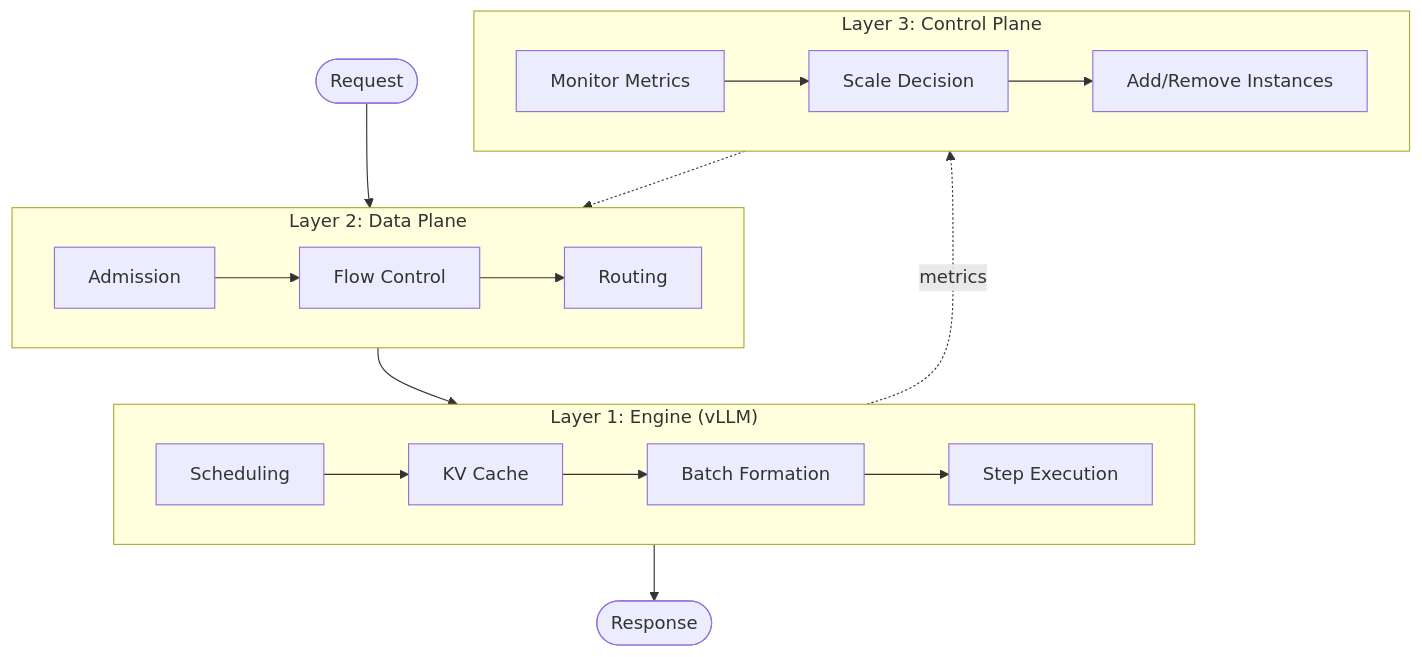
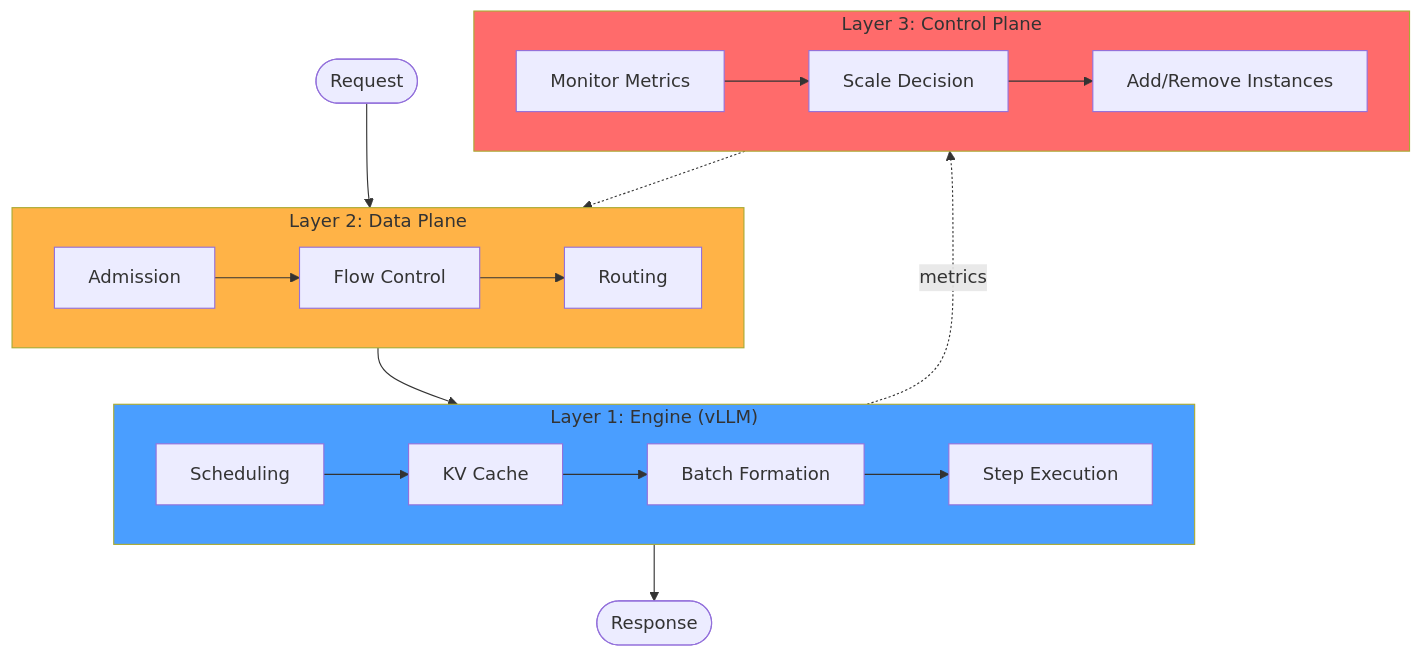
The diagram in docs/blog/posts/building-trust-physics-of-simulation.md (inference-sim/inference-sim), drawn with Mermaid before and after one commit.

Commit message:
docs(blog): add darker background colors to mermaid layers for visibility in both modes

````diff
--- a/docs/blog/posts/building-trust-physics-of-simulation.md
+++ b/docs/blog/posts/building-trust-physics-of-simulation.md
@@ -39,30 +39,34 @@
 ```mermaid
 flowchart TB
     subgraph Layer1["Layer 1: Engine (vLLM)"]
         Sched[Scheduling]
         KV[KV Cache]
         Batch[Batch Formation]
         Step[Step Execution]
         Sched --> KV --> Batch --> Step
     end
 
     subgraph Layer2["Layer 2: Data Plane"]
         Admit[Admission]
         Route[Routing]
         Flow[Flow Control]
         Admit --> Flow --> Route
     end
 
     subgraph Layer3["Layer 3: Control Plane"]
         Monitor[Monitor Metrics]
         Decide[Scale Decision]
         Actuate[Add/Remove Instances]
         Monitor --> Decide --> Actuate
     end
 
     Request([Request]) --> Layer2
     Layer2 --> Layer1
     Layer1 --> Response([Response])
     Layer3 -.-> Layer2
     Layer1 -.->|metrics| Layer3
+
+    style Layer1 fill:#4a9eff
+    style Layer2 fill:#ffb347
+    style Layer3 fill:#ff6b6b
 ```
````
